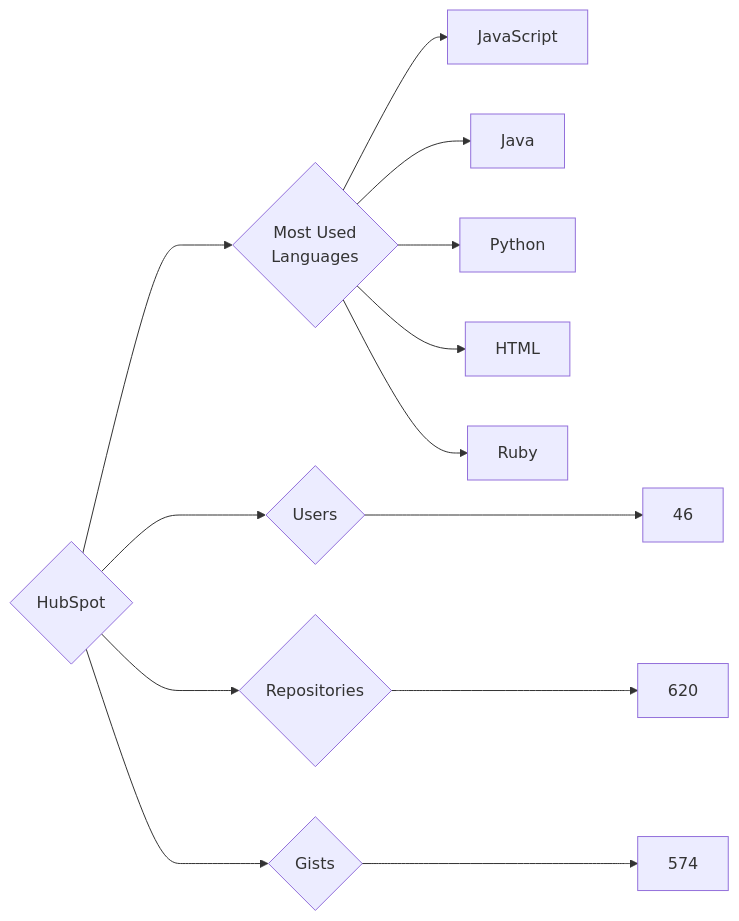
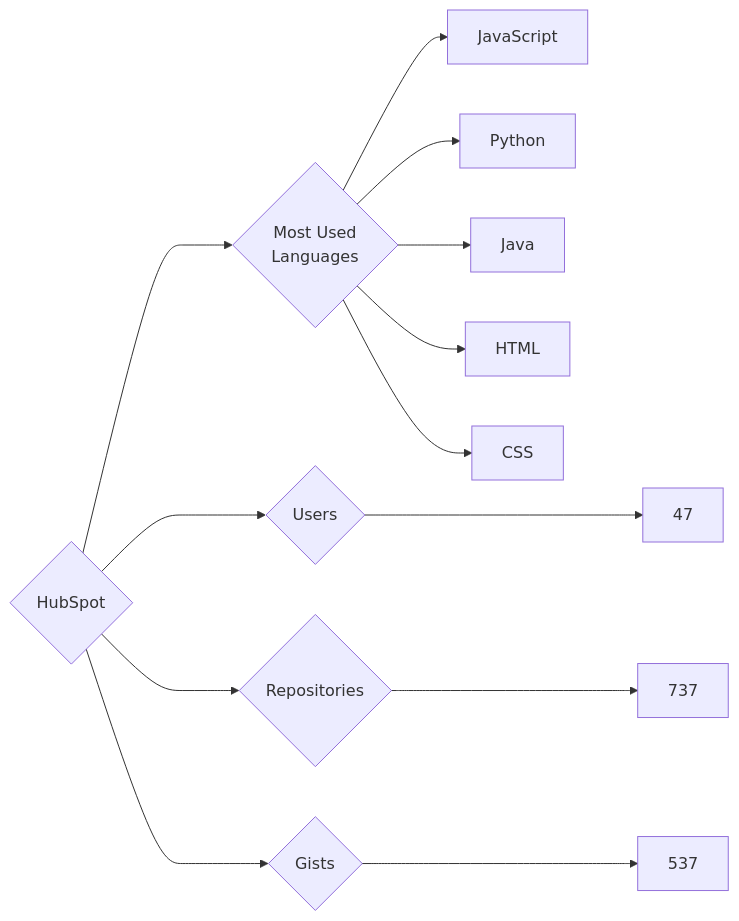
The diagram in targets/HubSpot/README.md (trickest/insiders), drawn with Mermaid before and after one commit. The commit also changed 847 other files, not shown here.

````diff
--- a/targets/HubSpot/README.md
+++ b/targets/HubSpot/README.md
@@ -3,13 +3,13 @@
 ```mermaid
 graph LR
 COMPANY_NAME{HubSpot}
-COMPANY_NAME ---> U{Users} ---> UN[46]
-COMPANY_NAME ---> R{Repositories} ---> RN[620]
-COMPANY_NAME ---> G{Gists} ---> GN[574]
+COMPANY_NAME ---> U{Users} ---> UN[47]
+COMPANY_NAME ---> R{Repositories} ---> RN[737]
+COMPANY_NAME ---> G{Gists} ---> GN[537]
 COMPANY_NAME ---> ML{Most Used<br>Languages}
 ML --> JavaScript[JavaScript]
+ML --> Python[Python]
 ML --> Java[Java]
-ML --> Python[Python]
 ML --> HTML[HTML]
-ML --> Ruby[Ruby]
+ML --> CSS[CSS]
 ```
````
